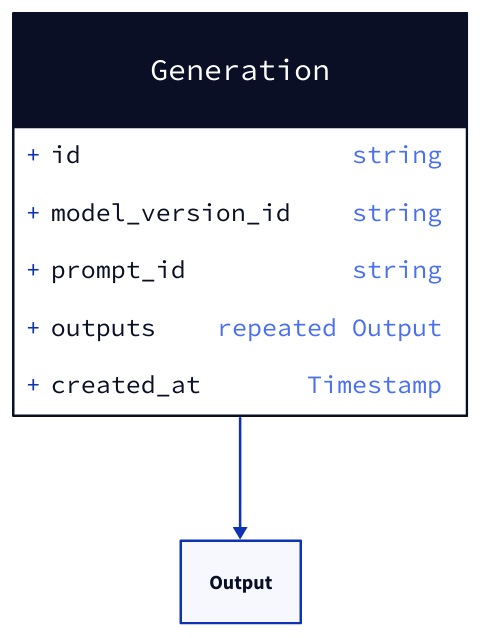
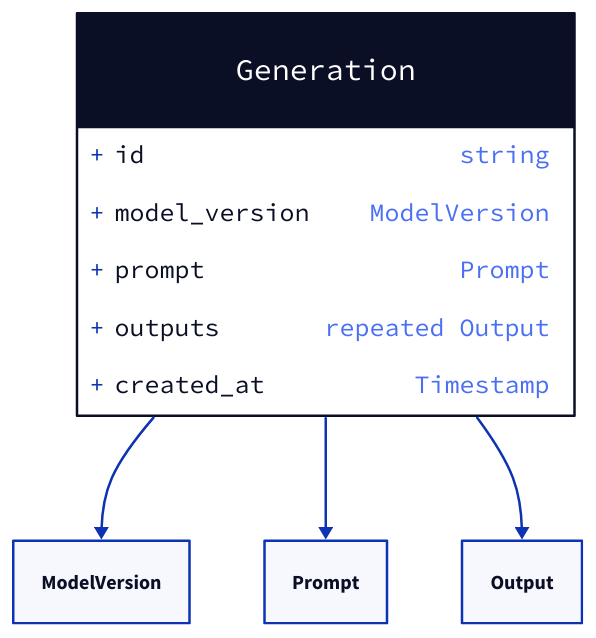
Before and after one commit to tmc/language-model-management: the diagram in docs/llm/v1/generation.d2, drawn with D2. The commit also changed 13 other files, not shown here.

```diff
--- a/docs/llm/v1/generation.d2
+++ b/docs/llm/v1/generation.d2
@@ -1,14 +1,16 @@
 
 # Package - llm.v1
 
 # Class - Generation
 Generation: {
   shape: class
   id: string
-  model_version_id: string
-  prompt_id: string
+  model_version: ModelVersion
+  prompt: Prompt
   outputs: repeated Output
   created_at: Timestamp
 }
 
+Generation -> ModelVersion
+Generation -> Prompt
 Generation -> Output
```
